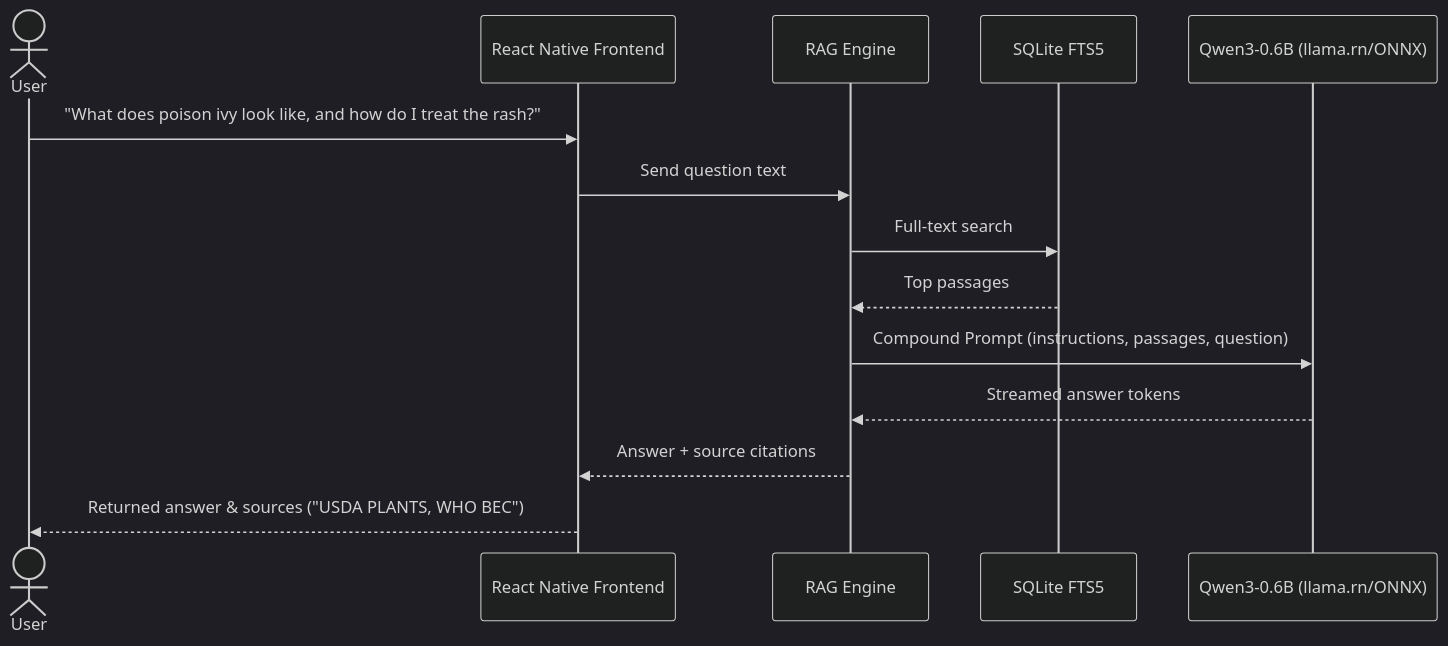
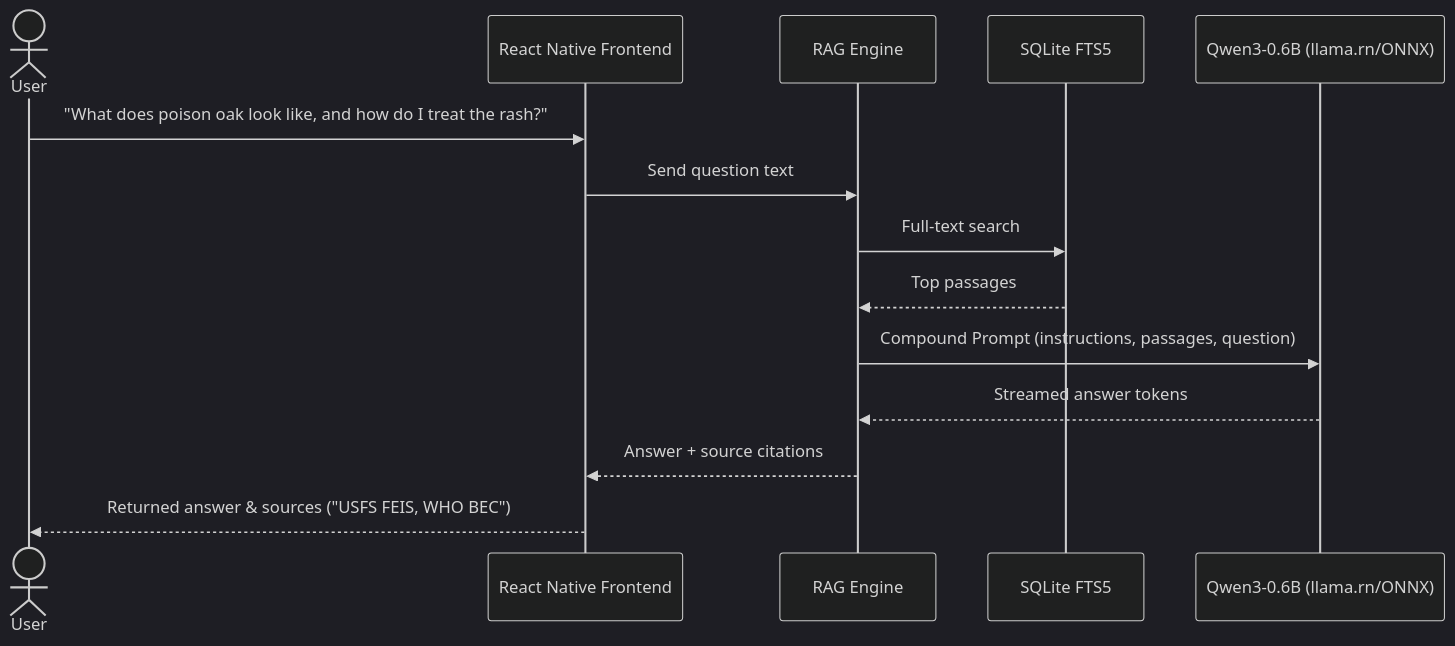
The second of 2 diagrams in README.md (r-magnus/fred), drawn with Mermaid (dark theme) before and after one commit. The commit also changed other lines of this file and 6 other files, not shown here.

````diff
--- a/README.md
+++ b/README.md
@@ -349,17 +349,17 @@
 ```mermaid
 sequenceDiagram
   actor User
   participant FE as React Native Frontend
   participant RAG as RAG Engine
   participant DB as SQLite FTS5
   participant LLM as Qwen3-0.6B (llama.rn/ONNX)
 
-  User->>FE: "What does poison ivy look like, and how do I treat the rash?"
+  User->>FE: "What does poison oak look like, and how do I treat the rash?"
   FE->>RAG: Send question text
   RAG->>DB: Full-text search
   DB-->>RAG: Top passages
   RAG->>LLM: Compound Prompt (instructions, passages, question)
   LLM-->>RAG: Streamed answer tokens
   RAG-->>FE: Answer + source citations
-  FE-->>User: Returned answer & sources ("USDA PLANTS, WHO BEC")
+  FE-->>User: Returned answer & sources ("USFS FEIS, WHO BEC")
 ```
````
